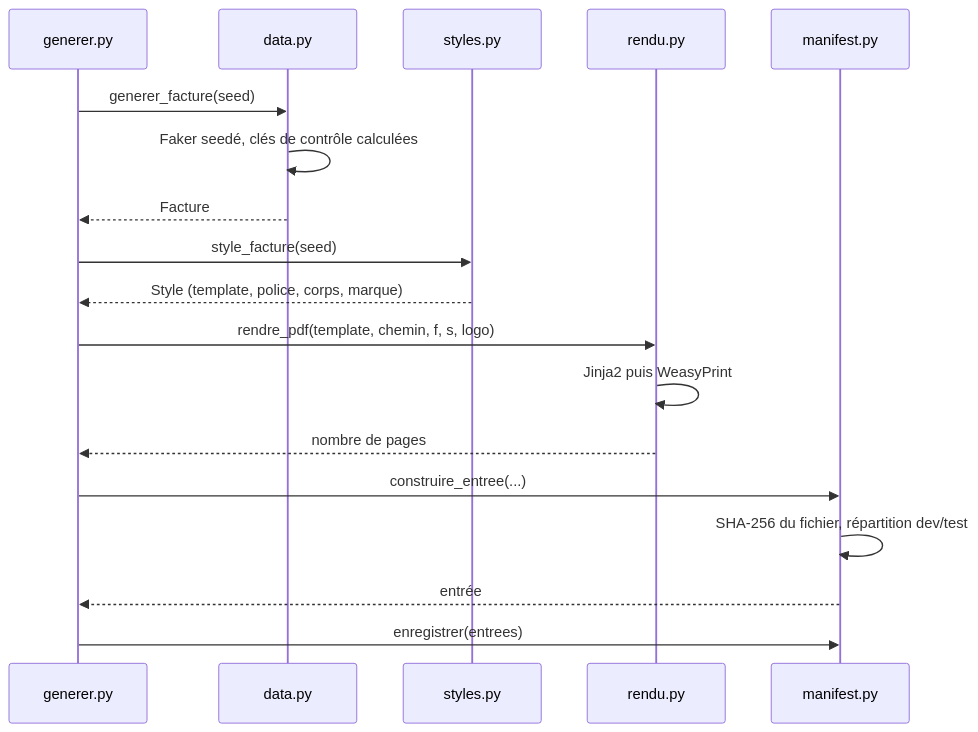
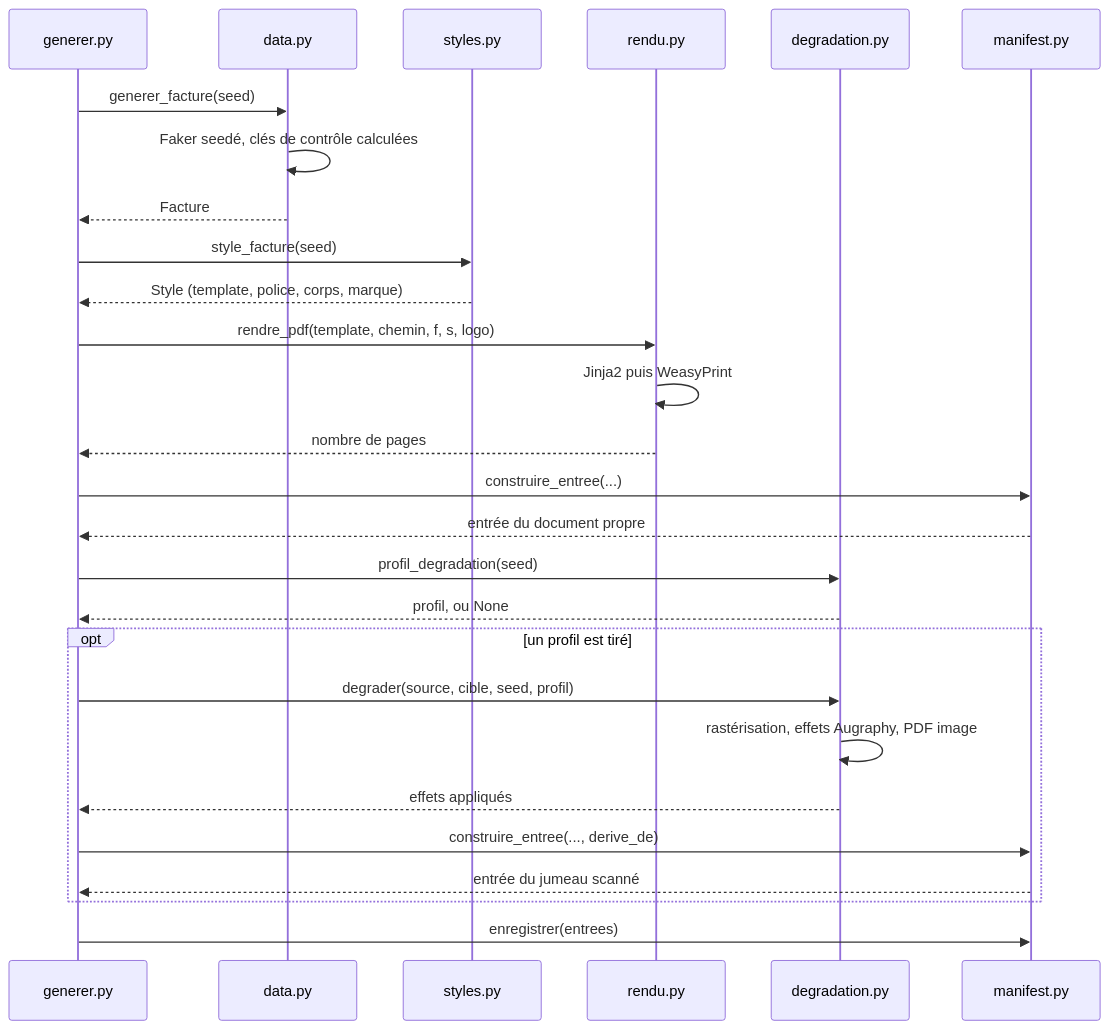
The third of 3 diagrams in tools/CorpusGenerator/README.md (xelema/Detect-Doc), drawn with Mermaid before and after one commit. The commit also changed other lines of this file and 6 other files, not shown here.

````diff
--- a/tools/CorpusGenerator/README.md
+++ b/tools/CorpusGenerator/README.md
@@ -157,21 +161,31 @@
 ```mermaid
 sequenceDiagram
     participant G as generer.py
     participant D as data.py
     participant S as styles.py
     participant R as rendu.py
+    participant X as degradation.py
     participant M as manifest.py
 
     G->>D: generer_facture(seed)
     D->>D: Faker seedé, clés de contrôle calculées
     D-->>G: Facture
     G->>S: style_facture(seed)
     S-->>G: Style (template, police, corps, marque)
     G->>R: rendre_pdf(template, chemin, f, s, logo)
     R->>R: Jinja2 puis WeasyPrint
     R-->>G: nombre de pages
     G->>M: construire_entree(...)
-    M->>M: SHA-256 du fichier, répartition dev/test
-    M-->>G: entrée
+    M-->>G: entrée du document propre
+
+    G->>X: profil_degradation(seed)
+    X-->>G: profil, ou None
+    opt un profil est tiré
+        G->>X: degrader(source, cible, seed, profil)
+        X->>X: rastérisation, effets Augraphy, PDF image
+        X-->>G: effets appliqués
+        G->>M: construire_entree(..., derive_de)
+        M-->>G: entrée du jumeau scanné
+    end
     G->>M: enregistrer(entrees)
 ```
````
